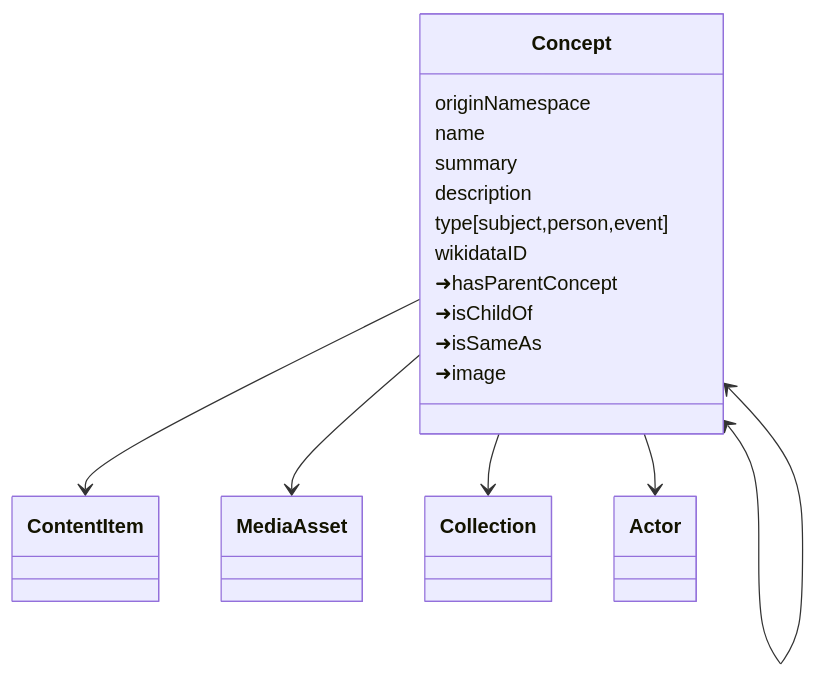
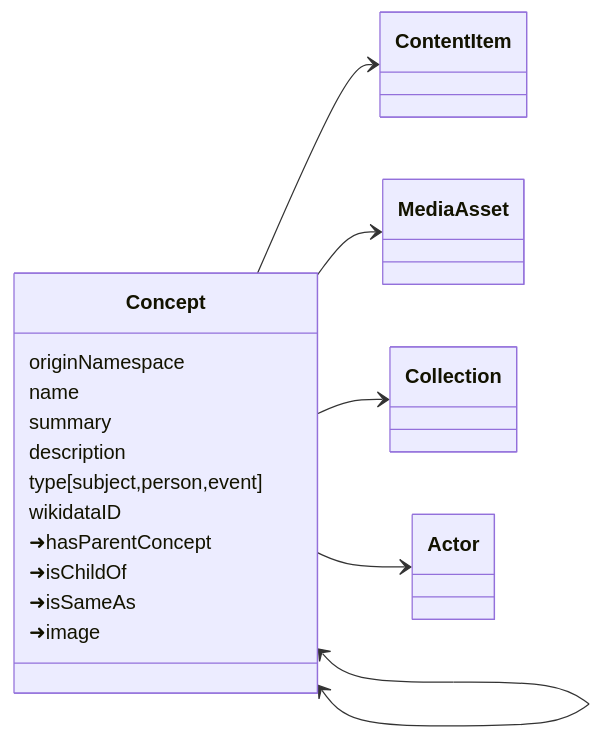
The third of 3 diagrams in datamodel.md (repco-org/repco), drawn with Mermaid before and after one commit. The commit also changed other lines of this file, not shown here.

````diff
--- a/datamodel.md
+++ b/datamodel.md
@@ -136,21 +146,23 @@
 ```mermaid
 classDiagram
+direction LR
+
 class Concept {
     originNamespace
     name
     summary
     description    
     type[subject,person,event]
     wikidataID
     ➜hasParentConcept
     ➜isChildOf
     ➜isSameAs
     ➜image
 }
 Concept  <--> Concept
 Concept --> ContentItem
 Concept --> MediaAsset
 Concept --> Collection
 Concept --> Actor
 
 ```
````
